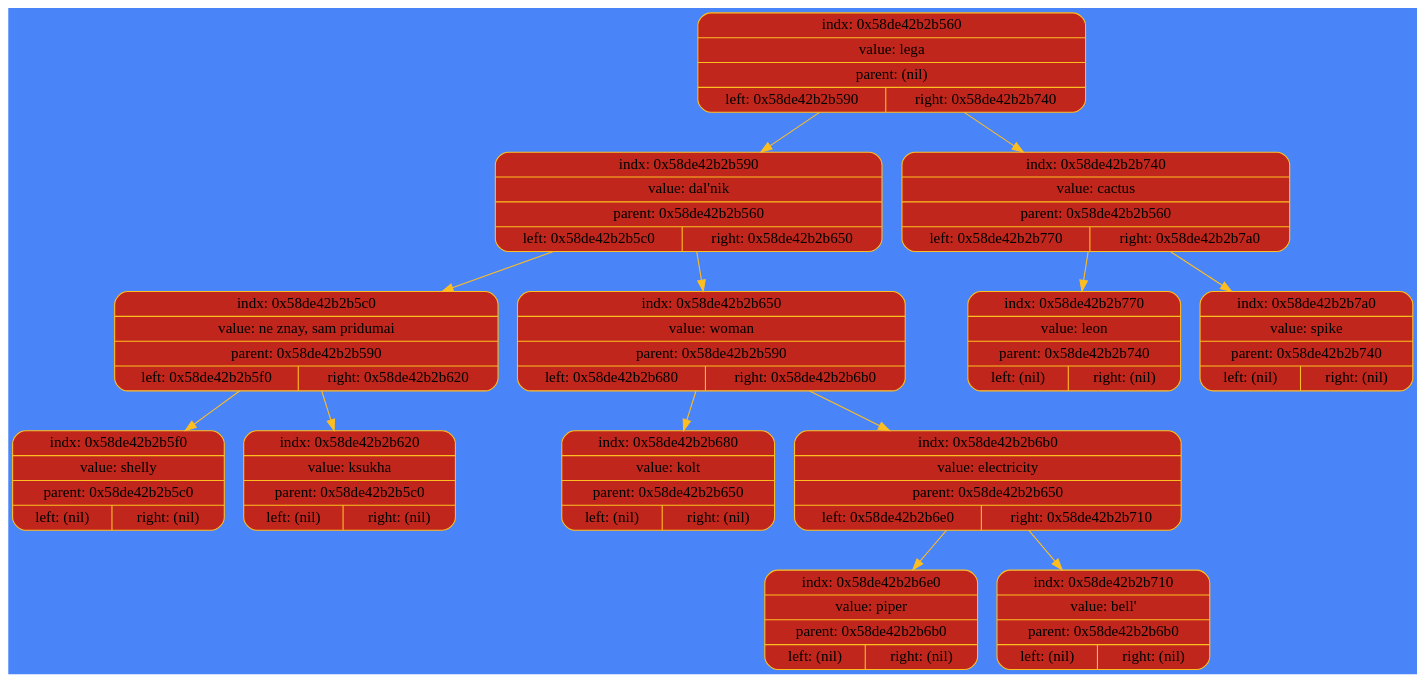
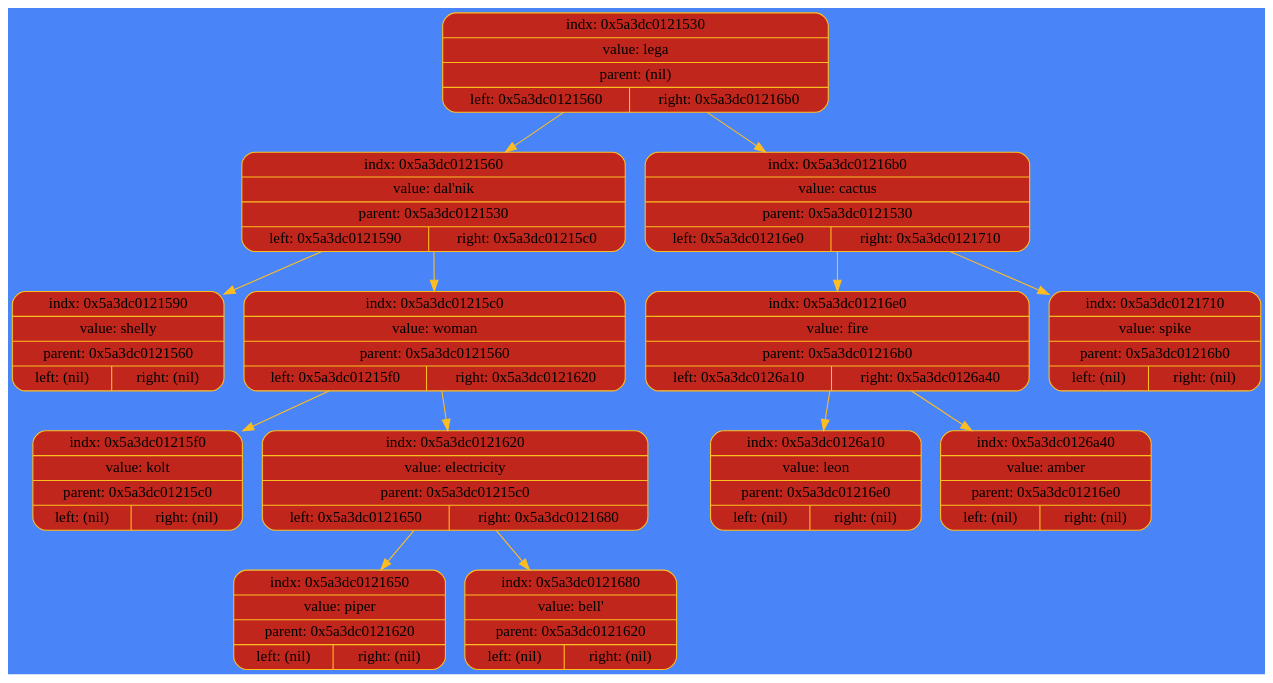
Before and after one commit to ksshkh/akinator: the diagram in debug/tree.dot, drawn with Graphviz. The commit also changed 17 other files, not shown here.

```diff
--- a/debug/tree.dot
+++ b/debug/tree.dot
@@ -1,31 +1,31 @@
 digraph Tree {
 	rankdir = TB;
 	node [shape = record];
 	edge [color = "#FFBE20"];
 	bgcolor = "#4984F9";
-	node0x58de42b2b560 [color = "#FFBE20", shape = Mrecord, style = filled, fillcolor = "#C0261C", label = "{indx: 0x58de42b2b560 | value: lega | parent: (nil) | { left: 0x58de42b2b590 | right: 0x58de42b2b740}}"];
-		node0x58de42b2b560 -> node0x58de42b2b590
-	node0x58de42b2b590 [color = "#FFBE20", shape = Mrecord, style = filled, fillcolor = "#C0261C", label = "{indx: 0x58de42b2b590 | value: dal'nik | parent: 0x58de42b2b560 | { left: 0x58de42b2b5c0 | right: 0x58de42b2b650}}"];
-		node0x58de42b2b590 -> node0x58de42b2b5c0
-	node0x58de42b2b5c0 [color = "#FFBE20", shape = Mrecord, style = filled, fillcolor = "#C0261C", label = "{indx: 0x58de42b2b5c0 | value: ne znay, sam pridumai | parent: 0x58de42b2b590 | { left: 0x58de42b2b5f0 | right: 0x58de42b2b620}}"];
-		node0x58de42b2b5c0 -> node0x58de42b2b5f0
-	node0x58de42b2b5f0 [color = "#FFBE20", shape = Mrecord, style = filled, fillcolor = "#C0261C", label = "{indx: 0x58de42b2b5f0 | value: shelly | parent: 0x58de42b2b5c0 | { left: (nil) | right: (nil)}}"];
-		node0x58de42b2b5c0 -> node0x58de42b2b620
-	node0x58de42b2b620 [color = "#FFBE20", shape = Mrecord, style = filled, fillcolor = "#C0261C", label = "{indx: 0x58de42b2b620 | value: ksukha | parent: 0x58de42b2b5c0 | { left: (nil) | right: (nil)}}"];
-		node0x58de42b2b590 -> node0x58de42b2b650
-	node0x58de42b2b650 [color = "#FFBE20", shape = Mrecord, style = filled, fillcolor = "#C0261C", label = "{indx: 0x58de42b2b650 | value: woman | parent: 0x58de42b2b590 | { left: 0x58de42b2b680 | right: 0x58de42b2b6b0}}"];
-		node0x58de42b2b650 -> node0x58de42b2b680
-	node0x58de42b2b680 [color = "#FFBE20", shape = Mrecord, style = filled, fillcolor = "#C0261C", label = "{indx: 0x58de42b2b680 | value: kolt | parent: 0x58de42b2b650 | { left: (nil) | right: (nil)}}"];
-		node0x58de42b2b650 -> node0x58de42b2b6b0
-	node0x58de42b2b6b0 [color = "#FFBE20", shape = Mrecord, style = filled, fillcolor = "#C0261C", label = "{indx: 0x58de42b2b6b0 | value: electricity | parent: 0x58de42b2b650 | { left: 0x58de42b2b6e0 | right: 0x58de42b2b710}}"];
-		node0x58de42b2b6b0 -> node0x58de42b2b6e0
-	node0x58de42b2b6e0 [color = "#FFBE20", shape = Mrecord, style = filled, fillcolor = "#C0261C", label = "{indx: 0x58de42b2b6e0 | value: piper | parent: 0x58de42b2b6b0 | { left: (nil) | right: (nil)}}"];
-		node0x58de42b2b6b0 -> node0x58de42b2b710
-	node0x58de42b2b710 [color = "#FFBE20", shape = Mrecord, style = filled, fillcolor = "#C0261C", label = "{indx: 0x58de42b2b710 | value: bell' | parent: 0x58de42b2b6b0 | { left: (nil) | right: (nil)}}"];
-		node0x58de42b2b560 -> node0x58de42b2b740
-	node0x58de42b2b740 [color = "#FFBE20", shape = Mrecord, style = filled, fillcolor = "#C0261C", label = "{indx: 0x58de42b2b740 | value: cactus | parent: 0x58de42b2b560 | { left: 0x58de42b2b770 | right: 0x58de42b2b7a0}}"];
-		node0x58de42b2b740 -> node0x58de42b2b770
-	node0x58de42b2b770 [color = "#FFBE20", shape = Mrecord, style = filled, fillcolor = "#C0261C", label = "{indx: 0x58de42b2b770 | value: leon | parent: 0x58de42b2b740 | { left: (nil) | right: (nil)}}"];
-		node0x58de42b2b740 -> node0x58de42b2b7a0
-	node0x58de42b2b7a0 [color = "#FFBE20", shape = Mrecord, style = filled, fillcolor = "#C0261C", label = "{indx: 0x58de42b2b7a0 | value: spike | parent: 0x58de42b2b740 | { left: (nil) | right: (nil)}}"];
+	node0x5a3dc0121530 [color = "#FFBE20", shape = Mrecord, style = filled, fillcolor = "#C0261C", label = "{indx: 0x5a3dc0121530 | value: lega | parent: (nil) | { left: 0x5a3dc0121560 | right: 0x5a3dc01216b0}}"];
+		node0x5a3dc0121530 -> node0x5a3dc0121560
+	node0x5a3dc0121560 [color = "#FFBE20", shape = Mrecord, style = filled, fillcolor = "#C0261C", label = "{indx: 0x5a3dc0121560 | value: dal'nik | parent: 0x5a3dc0121530 | { left: 0x5a3dc0121590 | right: 0x5a3dc01215c0}}"];
+		node0x5a3dc0121560 -> node0x5a3dc0121590
+	node0x5a3dc0121590 [color = "#FFBE20", shape = Mrecord, style = filled, fillcolor = "#C0261C", label = "{indx: 0x5a3dc0121590 | value: shelly | parent: 0x5a3dc0121560 | { left: (nil) | right: (nil)}}"];
+		node0x5a3dc0121560 -> node0x5a3dc01215c0
+	node0x5a3dc01215c0 [color = "#FFBE20", shape = Mrecord, style = filled, fillcolor = "#C0261C", label = "{indx: 0x5a3dc01215c0 | value: woman | parent: 0x5a3dc0121560 | { left: 0x5a3dc01215f0 | right: 0x5a3dc0121620}}"];
+		node0x5a3dc01215c0 -> node0x5a3dc01215f0
+	node0x5a3dc01215f0 [color = "#FFBE20", shape = Mrecord, style = filled, fillcolor = "#C0261C", label = "{indx: 0x5a3dc01215f0 | value: kolt | parent: 0x5a3dc01215c0 | { left: (nil) | right: (nil)}}"];
+		node0x5a3dc01215c0 -> node0x5a3dc0121620
+	node0x5a3dc0121620 [color = "#FFBE20", shape = Mrecord, style = filled, fillcolor = "#C0261C", label = "{indx: 0x5a3dc0121620 | value: electricity | parent: 0x5a3dc01215c0 | { left: 0x5a3dc0121650 | right: 0x5a3dc0121680}}"];
+		node0x5a3dc0121620 -> node0x5a3dc0121650
+	node0x5a3dc0121650 [color = "#FFBE20", shape = Mrecord, style = filled, fillcolor = "#C0261C", label = "{indx: 0x5a3dc0121650 | value: piper | parent: 0x5a3dc0121620 | { left: (nil) | right: (nil)}}"];
+		node0x5a3dc0121620 -> node0x5a3dc0121680
+	node0x5a3dc0121680 [color = "#FFBE20", shape = Mrecord, style = filled, fillcolor = "#C0261C", label = "{indx: 0x5a3dc0121680 | value: bell' | parent: 0x5a3dc0121620 | { left: (nil) | right: (nil)}}"];
+		node0x5a3dc0121530 -> node0x5a3dc01216b0
+	node0x5a3dc01216b0 [color = "#FFBE20", shape = Mrecord, style = filled, fillcolor = "#C0261C", label = "{indx: 0x5a3dc01216b0 | value: cactus | parent: 0x5a3dc0121530 | { left: 0x5a3dc01216e0 | right: 0x5a3dc0121710}}"];
+		node0x5a3dc01216b0 -> node0x5a3dc01216e0
+	node0x5a3dc01216e0 [color = "#FFBE20", shape = Mrecord, style = filled, fillcolor = "#C0261C", label = "{indx: 0x5a3dc01216e0 | value: fire | parent: 0x5a3dc01216b0 | { left: 0x5a3dc0126a10 | right: 0x5a3dc0126a40}}"];
+		node0x5a3dc01216e0 -> node0x5a3dc0126a10
+	node0x5a3dc0126a10 [color = "#FFBE20", shape = Mrecord, style = filled, fillcolor = "#C0261C", label = "{indx: 0x5a3dc0126a10 | value: leon | parent: 0x5a3dc01216e0 | { left: (nil) | right: (nil)}}"];
+		node0x5a3dc01216e0 -> node0x5a3dc0126a40
+	node0x5a3dc0126a40 [color = "#FFBE20", shape = Mrecord, style = filled, fillcolor = "#C0261C", label = "{indx: 0x5a3dc0126a40 | value: amber | parent: 0x5a3dc01216e0 | { left: (nil) | right: (nil)}}"];
+		node0x5a3dc01216b0 -> node0x5a3dc0121710
+	node0x5a3dc0121710 [color = "#FFBE20", shape = Mrecord, style = filled, fillcolor = "#C0261C", label = "{indx: 0x5a3dc0121710 | value: spike | parent: 0x5a3dc01216b0 | { left: (nil) | right: (nil)}}"];
 }
```
